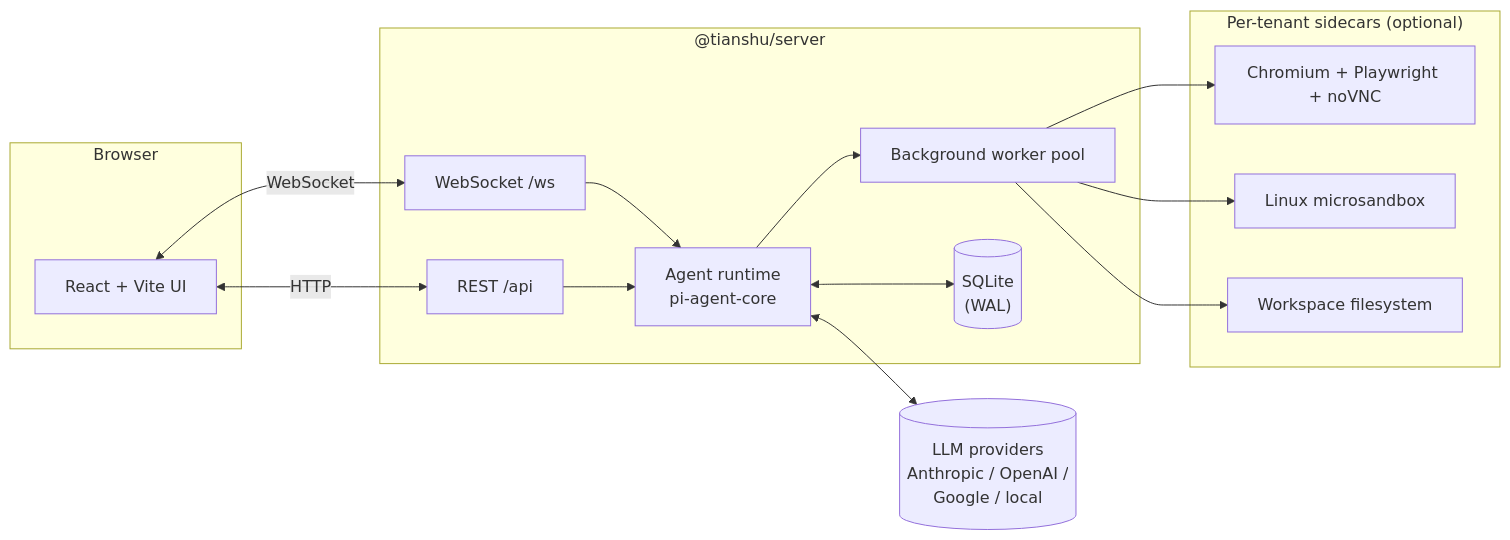
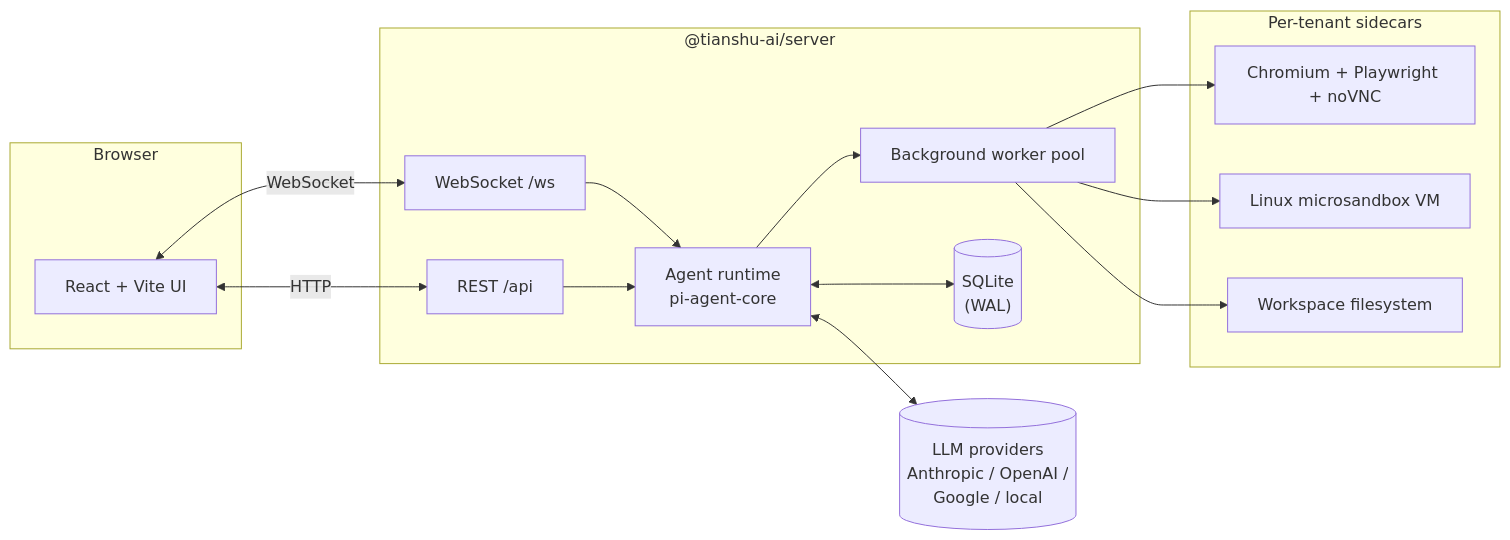
Before and after one commit to tianshu-ai/tianshu: the diagram in README.md, drawn with Mermaid. The commit also changed other lines of this file and 5 other files, not shown here.

````diff
--- a/README.md
+++ b/README.md
@@ -218,33 +261,33 @@
 ```mermaid
 flowchart LR
   subgraph Browser["Browser"]
     UI["React + Vite UI"]
   end
 
-  subgraph Server["@tianshu/server"]
+  subgraph Server["@tianshu-ai/server"]
     REST["REST /api"]
     WS["WebSocket /ws"]
     Agent["Agent runtime<br/>pi-agent-core"]
     Workers["Background worker pool"]
     DB[("SQLite<br/>(WAL)")]
   end
 
-  subgraph Sidecars["Per-tenant sidecars (optional)"]
+  subgraph Sidecars["Per-tenant sidecars"]
     ChromiumBox["Chromium + Playwright + noVNC"]
-    SandBox["Linux microsandbox"]
+    SandBox["Linux microsandbox VM"]
     Files["Workspace filesystem"]
   end
 
   LLM[(LLM providers<br/>Anthropic / OpenAI /<br/>Google / local)]
 
   UI <-- WebSocket --> WS
   UI <-- HTTP --> REST
   WS --> Agent
   REST --> Agent
   Agent <--> DB
   Agent --> Workers
   Workers --> ChromiumBox
   Workers --> SandBox
   Workers --> Files
   Agent <--> LLM
 ```
````
